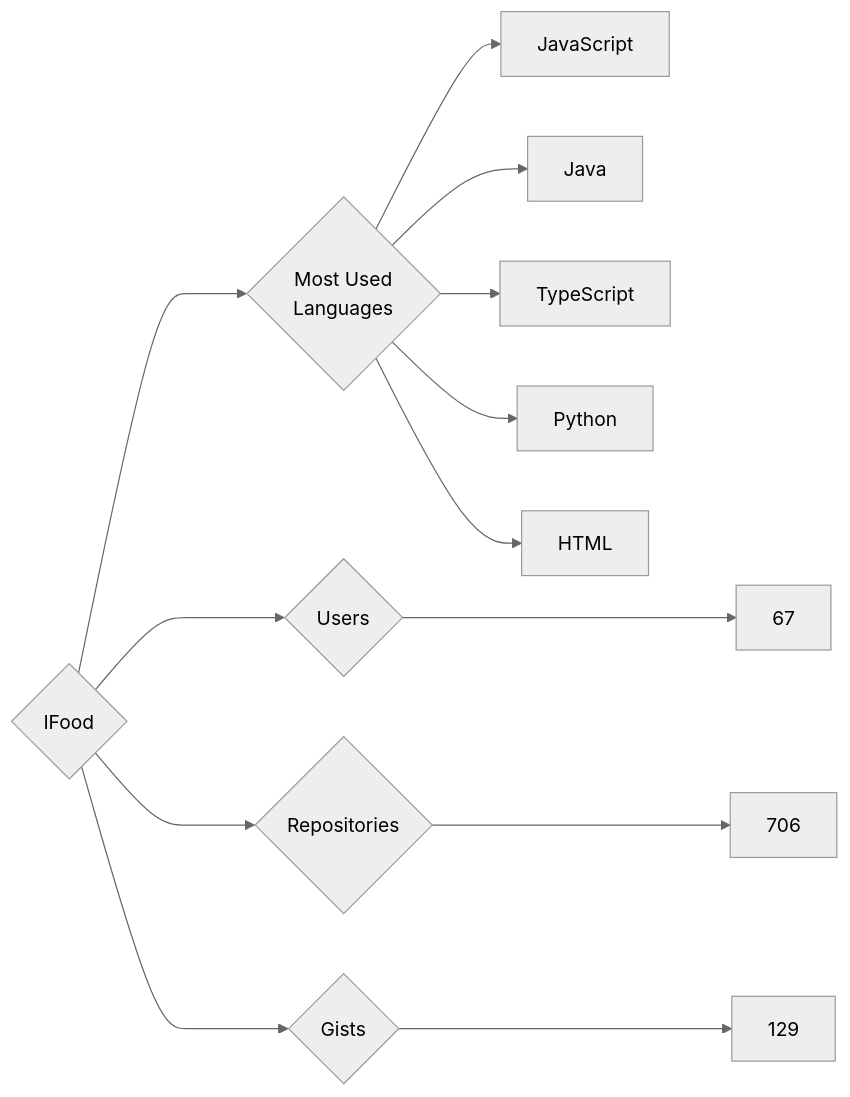
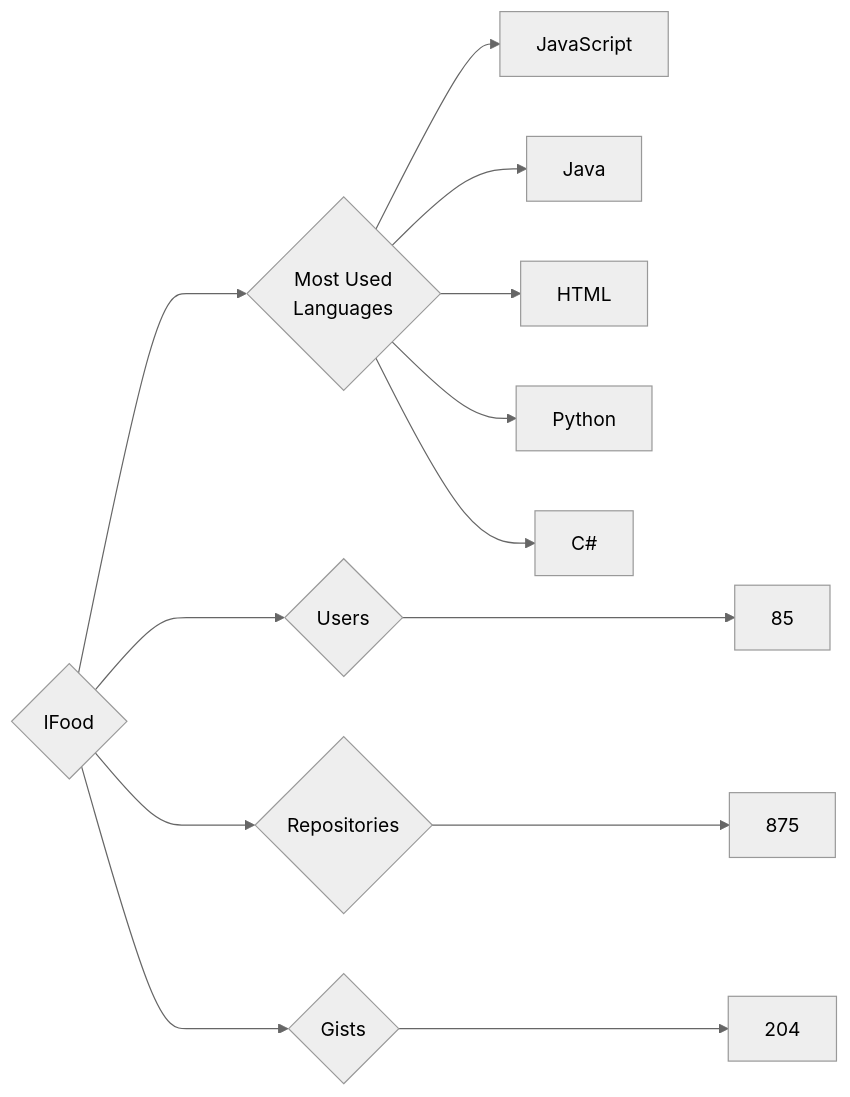
The diagram in targets/IFood/README.md (trickest/insiders), drawn with Mermaid (neutral theme) before and after one commit. The commit also changed 681 other files, not shown here.

````diff
--- a/targets/IFood/README.md
+++ b/targets/IFood/README.md
@@ -3,13 +3,13 @@
 ```mermaid
 graph LR
 COMPANY_NAME{IFood}
-COMPANY_NAME ---> U{Users} ---> UN[67]
-COMPANY_NAME ---> R{Repositories} ---> RN[706]
-COMPANY_NAME ---> G{Gists} ---> GN[129]
+COMPANY_NAME ---> U{Users} ---> UN[85]
+COMPANY_NAME ---> R{Repositories} ---> RN[875]
+COMPANY_NAME ---> G{Gists} ---> GN[204]
 COMPANY_NAME ---> ML{Most Used<br>Languages}
 ML --> JavaScript[JavaScript]
 ML --> Java[Java]
-ML --> TypeScript[TypeScript]
+ML --> HTML[HTML]
 ML --> Python[Python]
-ML --> HTML[HTML]
+ML --> C#[C#]
 ```
````
